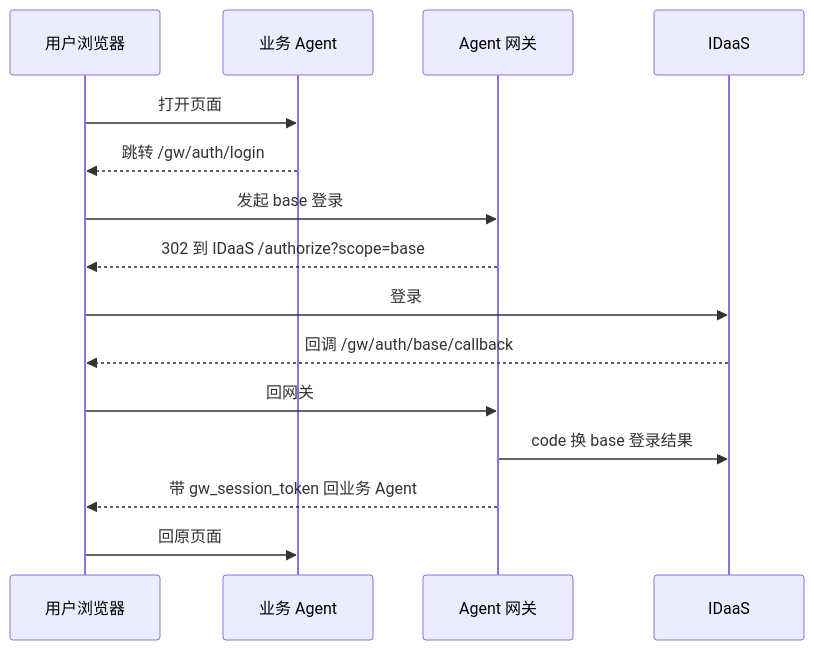
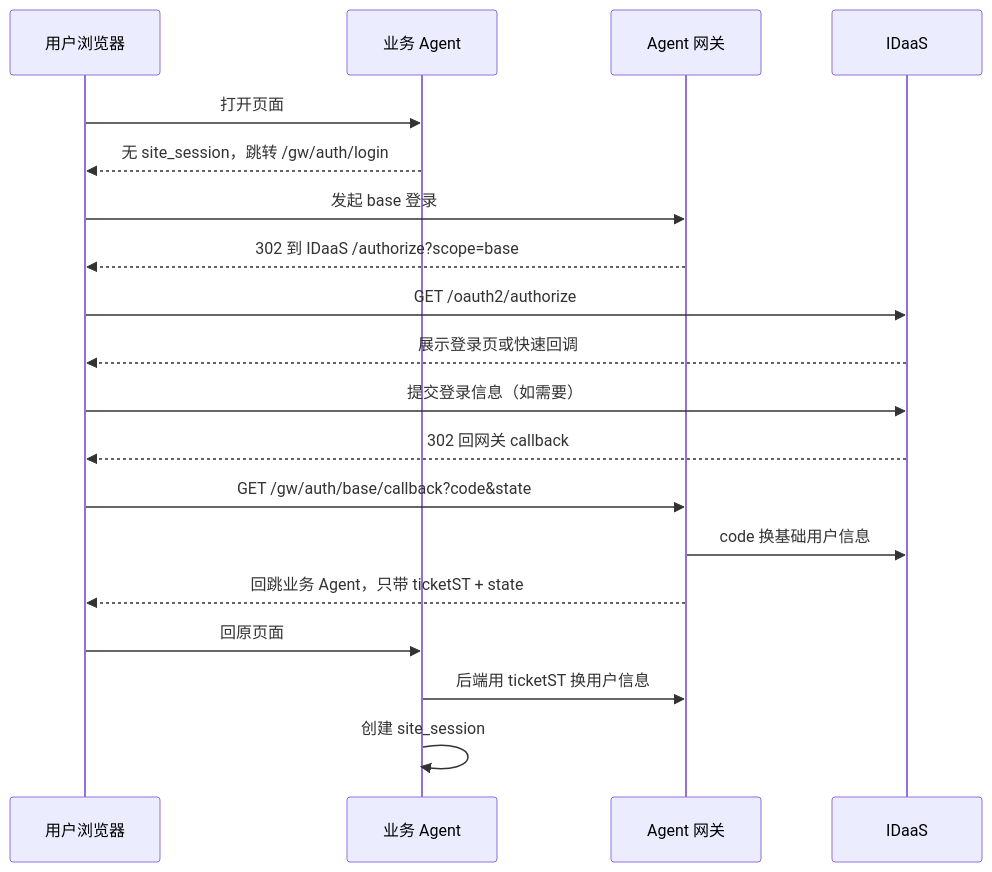
One commit to xuning117634-ux/auth-design-spec changed the first of 2 diagrams in docs/final_design/quick_read/02_主流程速记.md. Above: the diagram before and after it, drawn with Mermaid. The commit also changed other lines of this file and 31 other files, not shown here.

````diff
--- a/docs/final_design/quick_read/02_主流程速记.md
+++ b/docs/final_design/quick_read/02_主流程速记.md
@@ -7,18 +7,22 @@
 ```mermaid
 sequenceDiagram
     participant 用户 as 用户浏览器
     participant Agent as 业务 Agent
     participant GW as Agent 网关
     participant IDaaS as IDaaS
 
     用户->>Agent: 打开页面
-    Agent-->>用户: 跳转 /gw/auth/login
+    Agent-->>用户: 无 site_session，跳转 /gw/auth/login
     用户->>GW: 发起 base 登录
     GW-->>用户: 302 到 IDaaS /authorize?scope=base
-    用户->>IDaaS: 登录
-    IDaaS-->>用户: 回调 /gw/auth/base/callback
-    用户->>GW: 回网关
-    GW->>IDaaS: code 换 base 登录结果
-    GW-->>用户: 带 gw_session_token 回业务 Agent
+    用户->>IDaaS: GET /oauth2/authorize
+    IDaaS-->>用户: 展示登录页或快速回调
+    用户->>IDaaS: 提交登录信息（如需要）
+    IDaaS-->>用户: 302 回网关 callback
+    用户->>GW: GET /gw/auth/base/callback?code&state
+    GW->>IDaaS: code 换基础用户信息
+    GW-->>用户: 回跳业务 Agent，只带 ticketST + state
     用户->>Agent: 回原页面
+    Agent->>GW: 后端用 ticketST 换用户信息
+    Agent->>Agent: 创建 site_session
 ```
````
